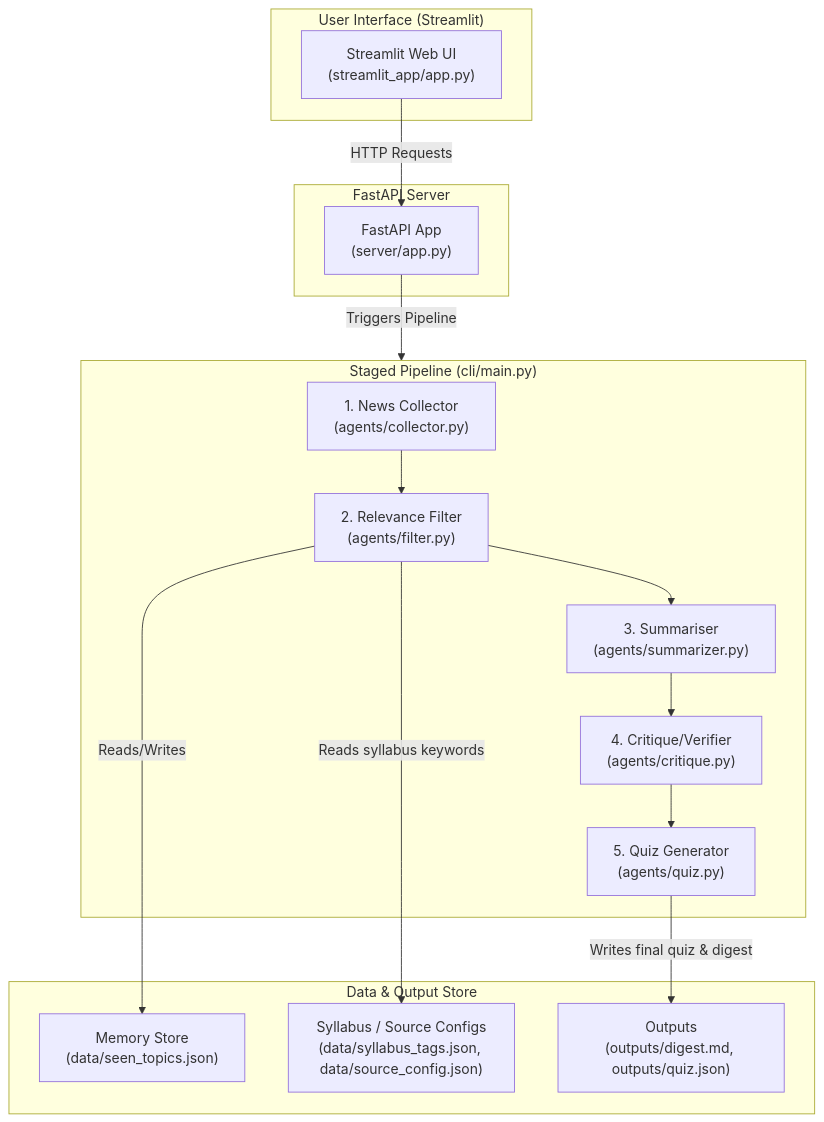
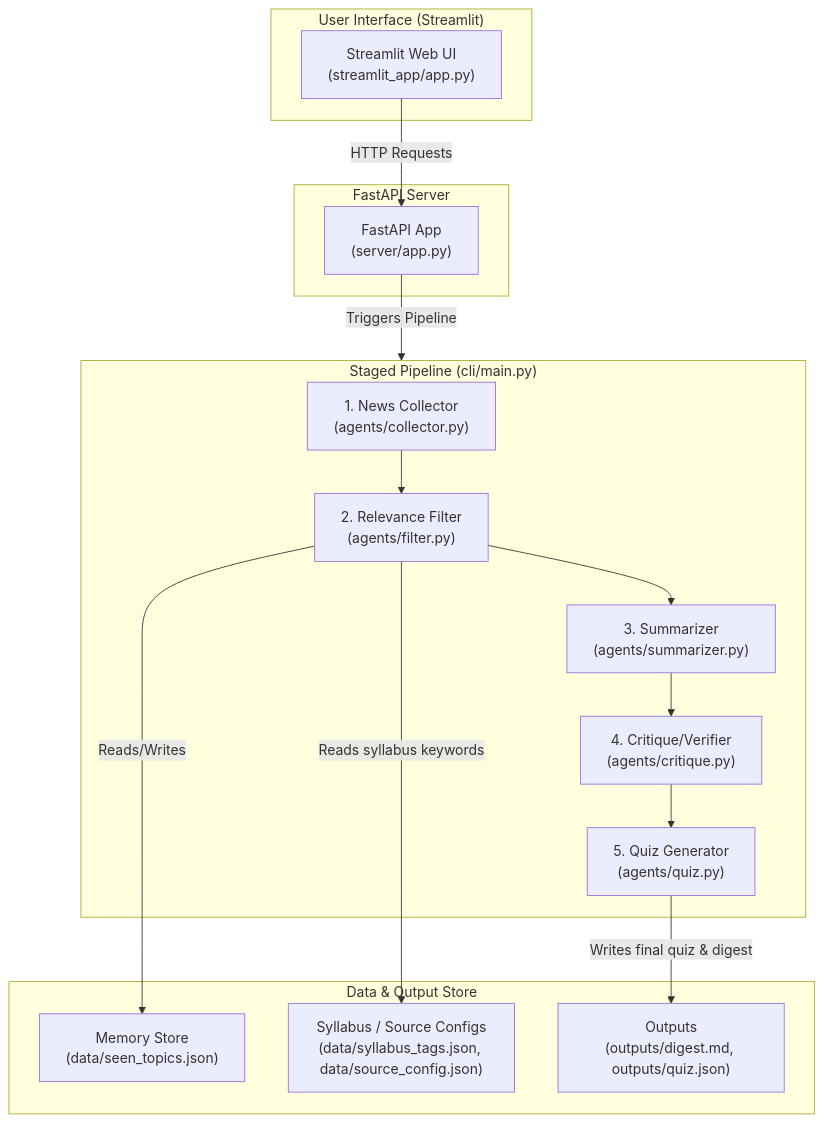
One commit to Akhil-R/ExamDigest changed the diagram in ARCHITECTURE.md. Above: the diagram before and after it, drawn with Mermaid. The commit also changed other lines of this file and 6 other files, not shown here.

````diff
--- a/ARCHITECTURE.md
+++ b/ARCHITECTURE.md
@@ -10,32 +10,32 @@
 ```mermaid
 graph TD
     subgraph UI ["User Interface (Streamlit)"]
         A["Streamlit Web UI<br/>(streamlit_app/app.py)"]
     end
 
     subgraph Server ["FastAPI Server"]
         B["FastAPI App<br/>(server/app.py)"]
     end
 
     subgraph Stages ["Staged Pipeline (cli/main.py)"]
         S1["1. News Collector<br/>(agents/collector.py)"]
         S2["2. Relevance Filter<br/>(agents/filter.py)"]
-        S3["3. Summariser<br/>(agents/summarizer.py)"]
+        S3["3. Summarizer<br/>(agents/summarizer.py)"]
         S4["4. Critique/Verifier<br/>(agents/critique.py)"]
         S5["5. Quiz Generator<br/>(agents/quiz.py)"]
         
         S1 --> S2 --> S3 --> S4 --> S5
     end
 
     subgraph Data ["Data & Output Store"]
         D1["Memory Store<br/>(data/seen_topics.json)"]
         D2["Syllabus / Source Configs<br/>(data/syllabus_tags.json, data/source_config.json)"]
         O1["Outputs<br/>(outputs/digest.md, outputs/quiz.json)"]
     end
 
     A -- "HTTP Requests" --> B
     B -- "Triggers Pipeline" --> Stages
     S2 -- "Reads/Writes" --> D1
     S2 -- "Reads syllabus keywords" --> D2
     S5 -- "Writes final quiz & digest" --> O1
 ```
````
